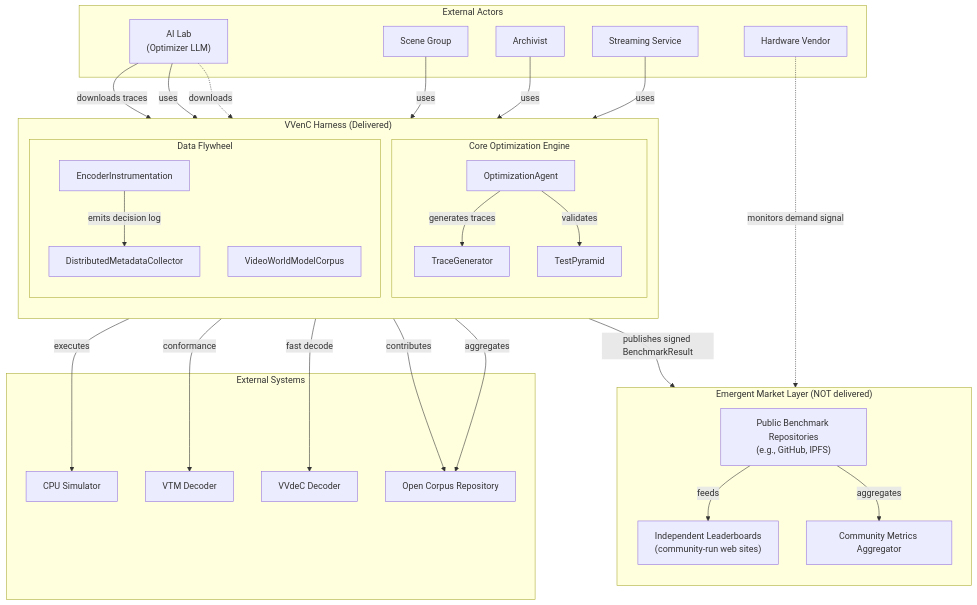
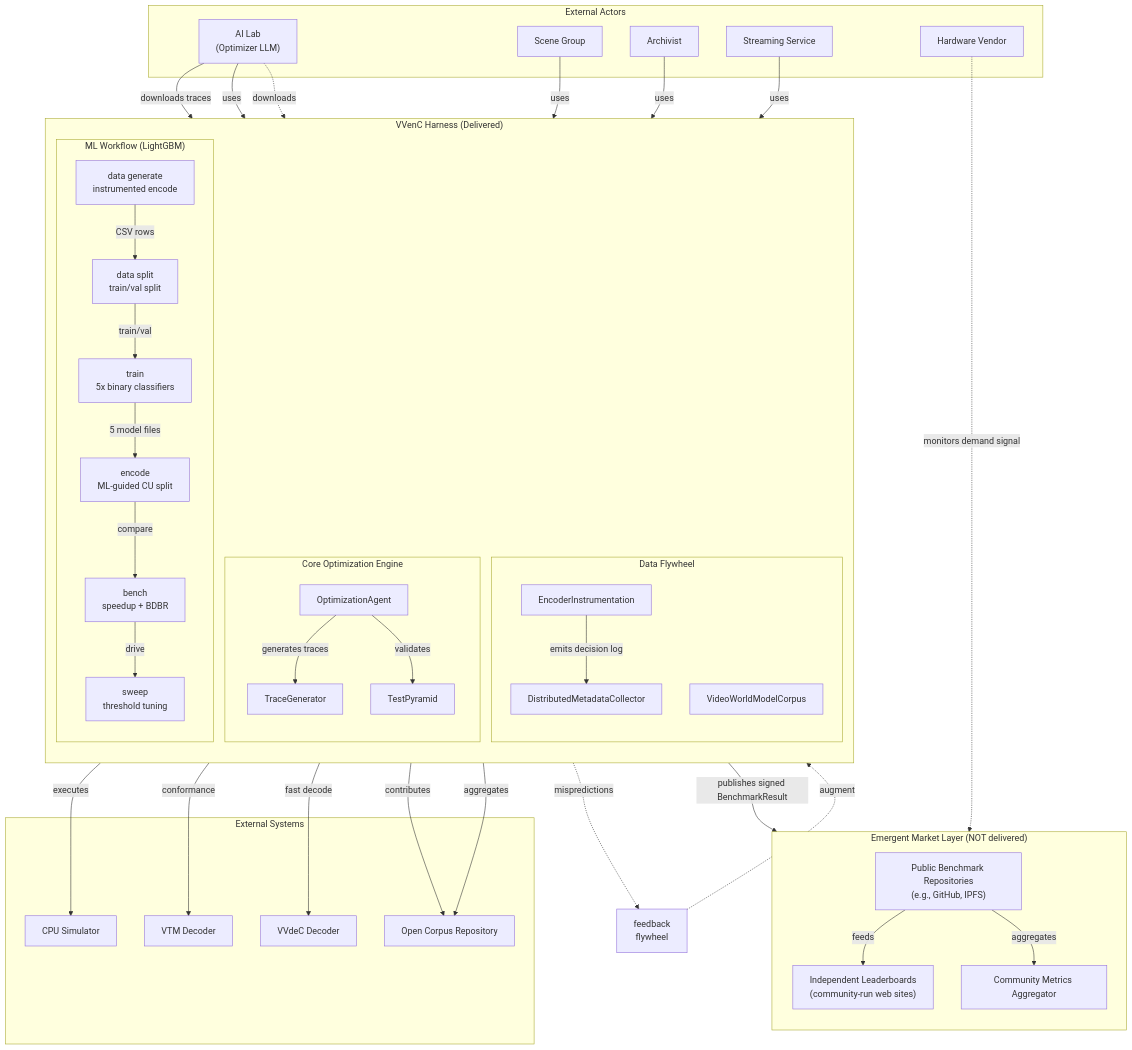
One commit to opensassi/deepenc-harness changed the third of 5 diagrams in technical-specification.md. Above: the diagram before and after it, drawn with Mermaid. The commit also changed other lines of this file, not shown here.

````diff
--- a/technical-specification.md
+++ b/technical-specification.md
@@ -516,11 +665,20 @@
             TestPyr["TestPyramid"]
             OptAgent["OptimizationAgent"]
         end
-        subgraph DataFlywheel["Data Flywheel"]
-            InstrEncoder["EncoderInstrumentation"]
-            MetadataCollector["DistributedMetadataCollector"]
-            WorldModelCorpus["VideoWorldModelCorpus"]
-        end
+    subgraph DataFlywheel["Data Flywheel"]
+        InstrEncoder["EncoderInstrumentation"]
+        MetadataCollector["DistributedMetadataCollector"]
+        WorldModelCorpus["VideoWorldModelCorpus"]
+    end
+
+    subgraph MlWorkflow["ML Workflow (LightGBM)"]
+        MlDataGen["data generate<br/>instrumented encode"]
+        MlDataSplit["data split<br/>train/val split"]
+        MlTrain["train<br/>5x binary classifiers"]
+        MlEncode["encode<br/>ML-guided CU split"]
+        MlBench["bench<br/>speedup + BDBR"]
+        MlSweep["sweep<br/>threshold tuning"]
+    end
     end
 
     subgraph EmergentMarketLayer["Emergent Market Layer (NOT delivered)"]
@@ -566,4 +724,13 @@
     HardwareVendor -.->|monitors demand signal| IndependentBoard
 
     AILab -.->|downloads| WorldModelCorpus
+
+    %% ML Workflow connections
+    MlDataGen -->|CSV rows| MlDataSplit
+    MlDataSplit -->|train/val| MlTrain
+    MlTrain -->|5 model files| MlEncode
+    MlEncode -->|compare| MlBench
+    MlBench -->|drive| MlSweep
+    MlEncode -.->|mispredictions| FeedbackLoop["feedback<br/>flywheel"]
+    FeedbackLoop -.->|augment| MlTrain
 ```
````
